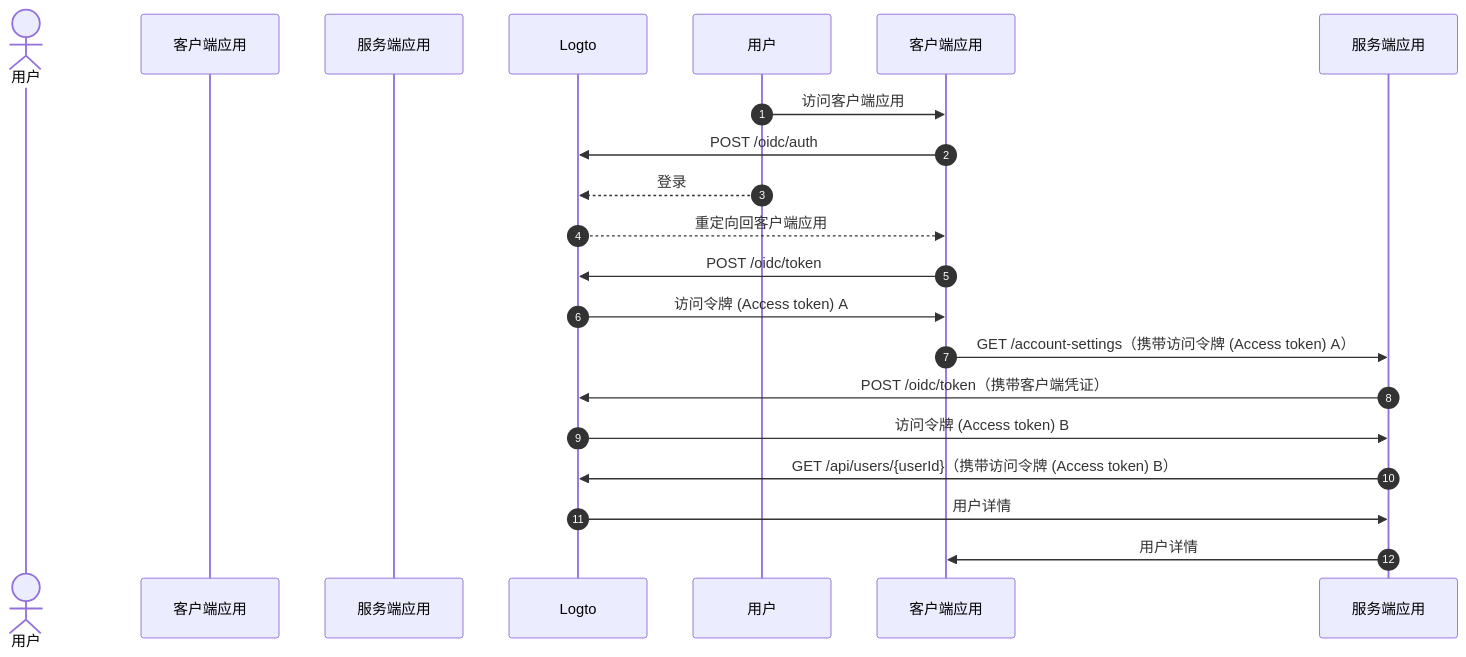
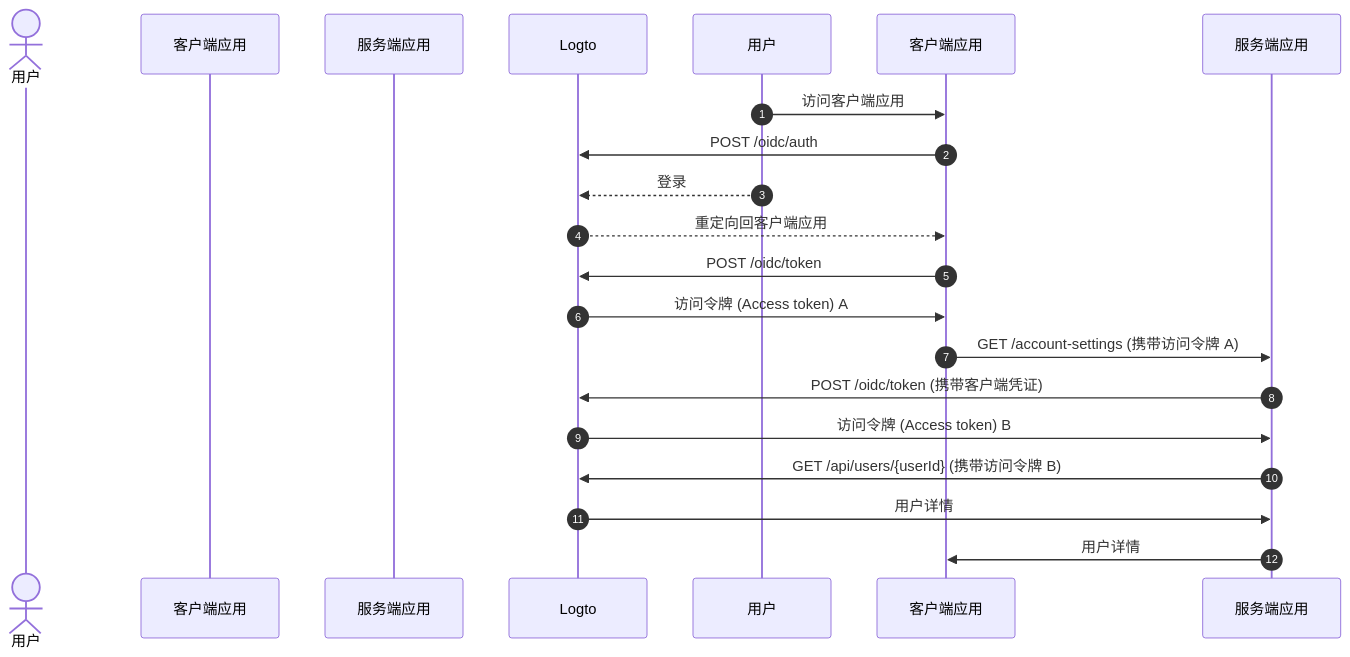
One commit to logto-io/docs changed the second of 3 diagrams in i18n/zh-CN/docusaurus-plugin-content-docs/current/end-user-flows/account-settings/by-management-api.mdx. Above: the diagram before and after it, drawn with Mermaid. The commit also changed other lines of this file and 152 other files, not shown here.

````diff
--- a/i18n/zh-CN/docusaurus-plugin-content-docs/current/end-user-flows/account-settings/by-management-api.mdx
+++ b/i18n/zh-CN/docusaurus-plugin-content-docs/current/end-user-flows/account-settings/by-management-api.mdx
@@ -27,21 +27,21 @@
 ```mermaid
   sequenceDiagram
     autonumber
     actor User as 用户
     participant Client as 客户端应用
     participant Server as 服务端应用
     participant Logto as Logto
 
     用户 ->> 客户端应用: 访问客户端应用
     客户端应用 ->> Logto: POST /oidc/auth
     用户 -->> Logto: 登录
     Logto -->> 客户端应用: 重定向回客户端应用
     客户端应用 ->> Logto: POST /oidc/token
     Logto ->> 客户端应用: 访问令牌 (Access token) A
-    客户端应用 ->> 服务端应用: GET /account-settings（携带访问令牌 (Access token) A）
-    服务端应用 ->> Logto: POST /oidc/token（携带客户端凭证）
+    客户端应用 ->> 服务端应用: GET /account-settings (携带访问令牌 A)
+    服务端应用 ->> Logto: POST /oidc/token (携带客户端凭证)
     Logto ->> 服务端应用: 访问令牌 (Access token) B
-    服务端应用 ->> Logto: GET /api/users/{userId}（携带访问令牌 (Access token) B）
+    服务端应用 ->> Logto: GET /api/users/{userId} (携带访问令牌 B)
     Logto ->> 服务端应用: 用户详情
     服务端应用 ->> 客户端应用: 用户详情
 ```
````
